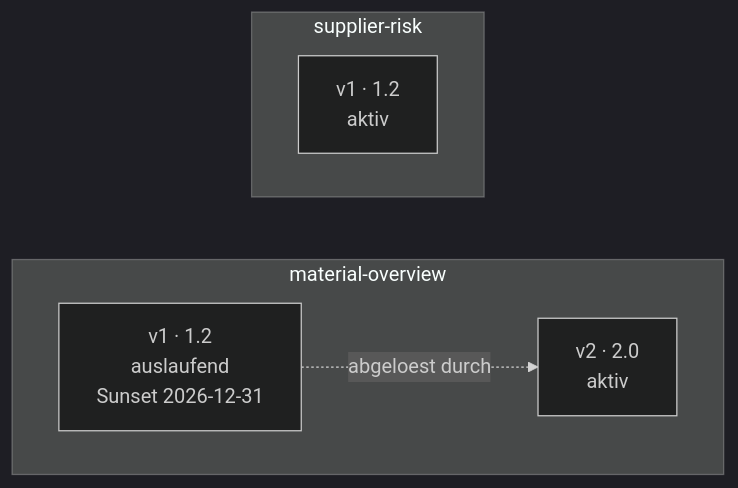
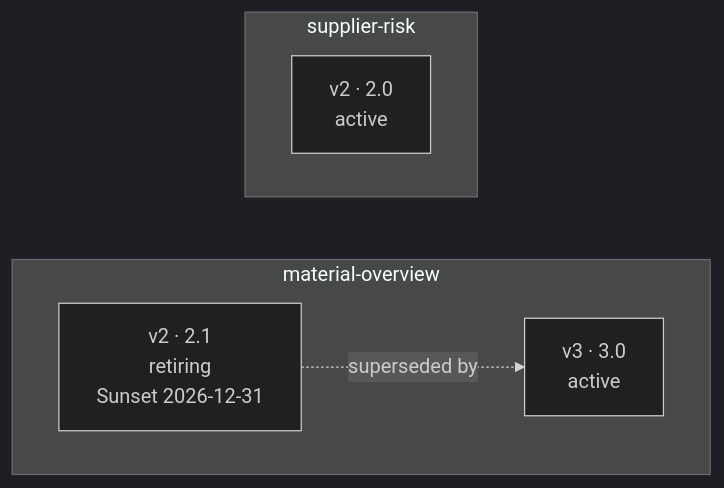
Before and after one commit to PlongoDongo/material_management_dashboard: the second of 3 diagrams in docs/architecture.md, drawn with Mermaid (dark theme). The commit also changed other lines of this file and 55 other files, not shown here.

````diff
--- a/docs/architecture.md
+++ b/docs/architecture.md
@@ -59,13 +59,13 @@
 ```mermaid
 flowchart LR
   subgraph f_material_overview["material-overview"]
     direction LR
-    v_material_overview_1["v1 · 1.2<br/>auslaufend<br/>Sunset 2026-12-31"]
-    v_material_overview_2["v2 · 2.0<br/>aktiv"]
-    v_material_overview_1 -.->|abgeloest durch| v_material_overview_2
+    v_material_overview_2["v2 · 2.1<br/>retiring<br/>Sunset 2026-12-31"]
+    v_material_overview_3["v3 · 3.0<br/>active"]
+    v_material_overview_2 -.->|superseded by| v_material_overview_3
   end
   subgraph f_supplier_risk["supplier-risk"]
     direction LR
-    v_supplier_risk_1["v1 · 1.2<br/>aktiv"]
+    v_supplier_risk_2["v2 · 2.0<br/>active"]
   end
 ```
````
